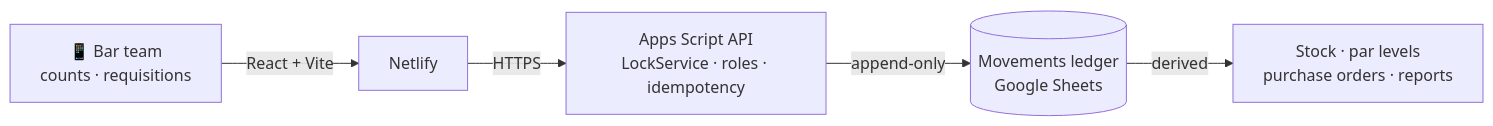
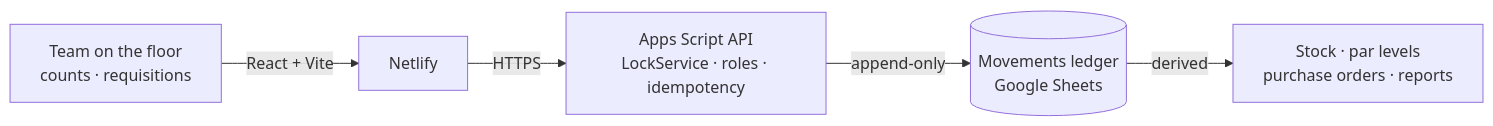
One commit to francosdev/francosdev changed the diagram in README.md. Above: the diagram before and after it, drawn with Mermaid. The commit also changed other lines of this file, not shown here.

````diff
--- a/README.md
+++ b/README.md
@@ -83,7 +64,7 @@
 ```mermaid
 flowchart LR
-  A["📱 Bar team<br/>counts · requisitions"] -->|React + Vite| B["Netlify"]
+  A["Team on the floor<br/>counts · requisitions"] -->|React + Vite| B["Netlify"]
   B -->|HTTPS| C["Apps Script API<br/>LockService · roles · idempotency"]
   C -->|append-only| D[("Movements ledger<br/>Google Sheets")]
   D -->|derived| E["Stock · par levels<br/>purchase orders · reports"]
 ```
````
